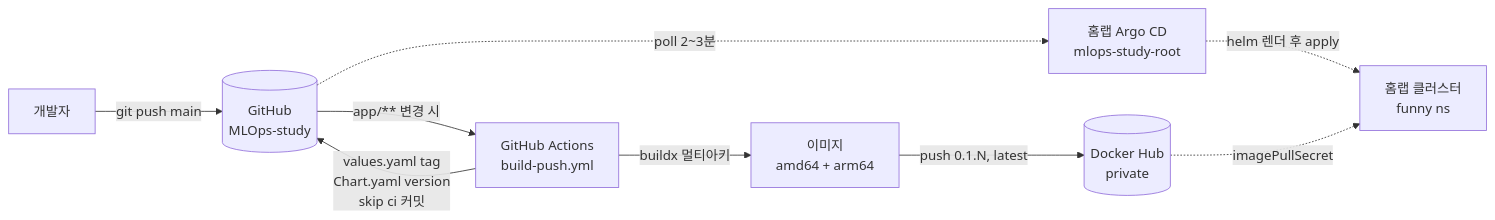
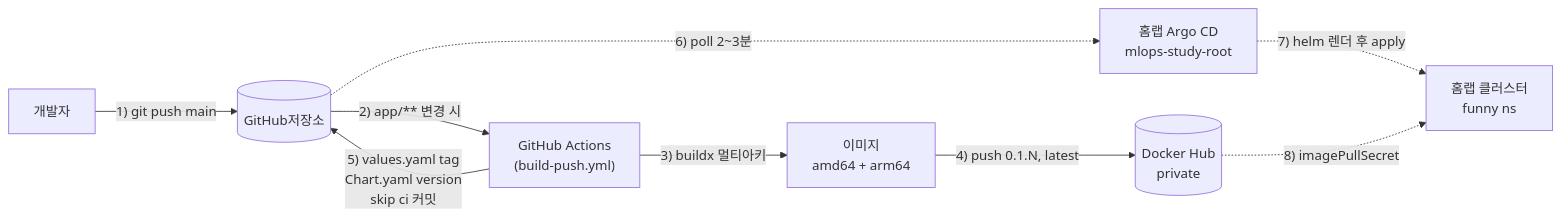
Before and after one commit to ken-0913/myblog: the first of 4 diagrams in content/posts/mlpe/mlpe-03-platform-foundation/index.md, drawn with Mermaid. The commit also changed other lines of this file, not shown here.

````diff
--- a/content/posts/mlpe/mlpe-03-platform-foundation/index.md
+++ b/content/posts/mlpe/mlpe-03-platform-foundation/index.md
@@ -15,11 +15,11 @@
 ```mermaid {title="MLOps-study 저장소의 GitOps 파이프라인"}
 flowchart LR
-    Dev["개발자"] -->|"git push main"| GH[("GitHub<br/>MLOps-study")]
-    GH -->|"app/** 변경 시"| GA["GitHub Actions<br/>build-push.yml"]
-    GA -->|"buildx 멀티아키"| Img["이미지<br/>amd64 + arm64"]
-    Img -->|"push 0.1.N, latest"| Hub[("Docker Hub<br/>private")]
-    GA -->|"values.yaml tag<br/>Chart.yaml version<br/>skip ci 커밋"| GH
-    GH -.->|"poll 2~3분"| Argo["홈랩 Argo CD<br/>mlops-study-root"]
-    Argo -.->|"helm 렌더 후 apply"| K8s["홈랩 클러스터<br/>funny ns"]
-    Hub -.->|"imagePullSecret"| K8s
+    Dev["개발자"] -->|"1) git push main"| GH[("GitHub저장소")]
+    GH -->|"2) app/** 변경 시"| GA["GitHub Actions<br/>(build-push.yml)"]
+    GA -->|"3) buildx 멀티아키"| Img["이미지<br/>amd64 + arm64"]
+    Img -->|"4) push 0.1.N, latest"| Hub[("Docker Hub<br/>private")]
+    GA -->|"5) values.yaml tag<br/>Chart.yaml version<br/>skip ci 커밋"| GH
+    GH -.->|"6) poll 2~3분"| Argo["홈랩 Argo CD<br/>mlops-study-root"]
+    Argo -.->|"7) helm 렌더 후 apply"| K8s["홈랩 클러스터<br/>funny ns"]
+    Hub -.->|"8) imagePullSecret"| K8s
 ```
````
